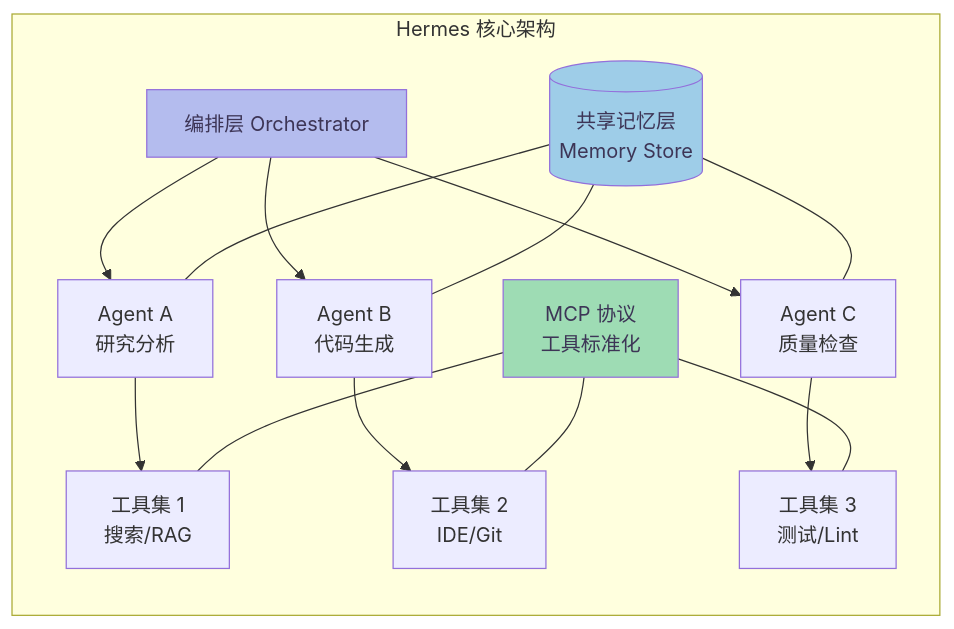
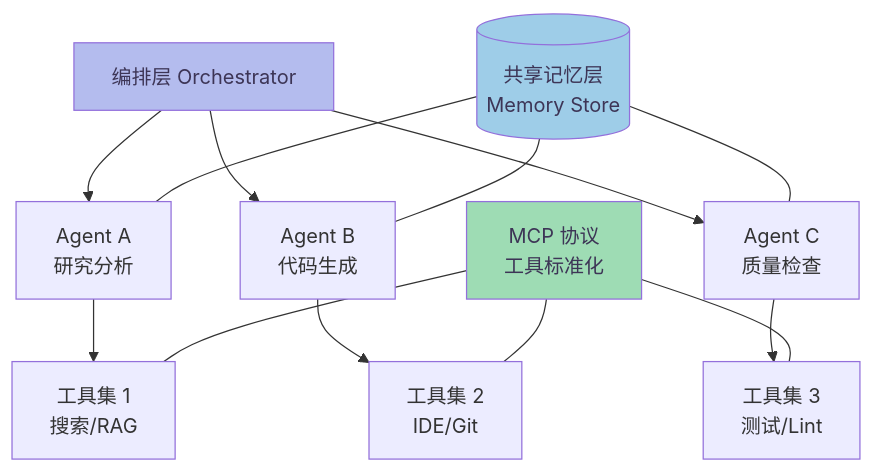
Before and after one commit to caoping0623/caoping0623.github.io: the ninth of 12 diagrams in _posts/2026-04-15-ai-agent.md, drawn with Mermaid. The commit also changed other lines of this file, not shown here.

First line of the commit message:
fix: remove subgraph backgrounds, add rounded corners, replace mindmap with XMind-style graph

```diff
--- a/_posts/2026-04-15-ai-agent.md
+++ b/_posts/2026-04-15-ai-agent.md
@@ -288,25 +315,22 @@
 <div class="mermaid">
 graph TB
-    subgraph Hermes 核心架构
-        direction TB
-        O[编排层 Orchestrator] --> A1[Agent A<br/>研究分析]
-        O --> A2[Agent B<br/>代码生成]
-        O --> A3[Agent C<br/>质量检查]
+    O[编排层 Orchestrator] --> A1[Agent A<br/>研究分析]
+    O --> A2[Agent B<br/>代码生成]
+    O --> A3[Agent C<br/>质量检查]
 
-        A1 --> T1[工具集 1<br/>搜索/RAG]
-        A2 --> T2[工具集 2<br/>IDE/Git]
-        A3 --> T3[工具集 3<br/>测试/Lint]
+    A1 --> T1[工具集 1<br/>搜索/RAG]
+    A2 --> T2[工具集 2<br/>IDE/Git]
+    A3 --> T3[工具集 3<br/>测试/Lint]
 
-        MEM[(共享记忆层<br/>Memory Store)] --- A1
-        MEM --- A2
-        MEM --- A3
+    MEM[(共享记忆层<br/>Memory Store)] --- A1
+    MEM --- A2
+    MEM --- A3
 
-        MCP[MCP 协议<br/>工具标准化] --- T1
-        MCP --- T2
-        MCP --- T3
-    end
+    MCP[MCP 协议<br/>工具标准化] --- T1
+    MCP --- T2
+    MCP --- T3
 
     style O fill:#b4bcee,color:#3d3556
     style MEM fill:#9ecde8,color:#3d3556
     style MCP fill:#9edcb4,color:#3d3556
 </div>
```
